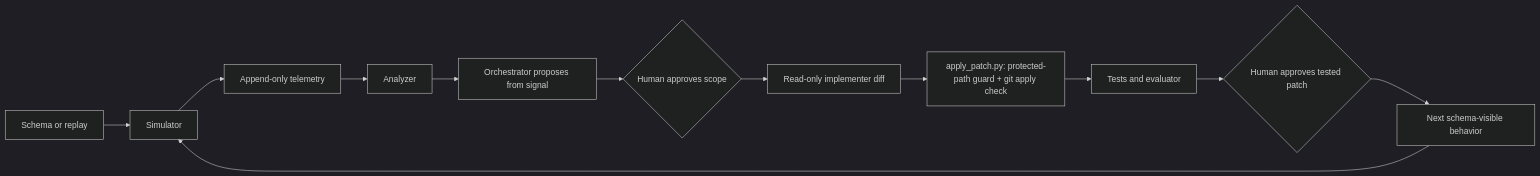
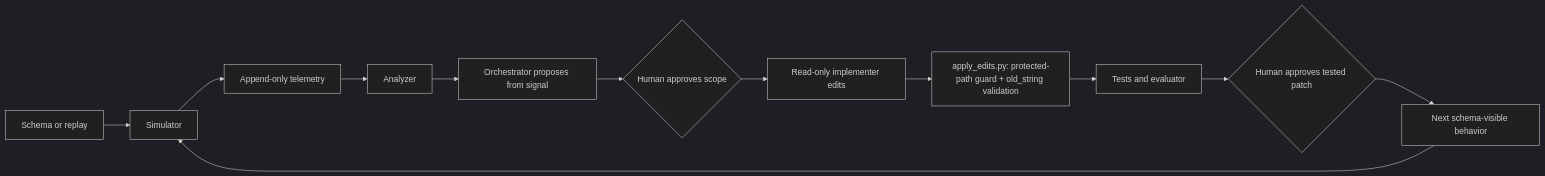
One commit to rsitaniya/dev-flywheel changed the diagram in docs/DELIVERY_SYSTEM.md. Above: the diagram before and after it, drawn with Mermaid (dark theme). The commit also changed other lines of this file and 14 other files, not shown here.

````diff
--- a/docs/DELIVERY_SYSTEM.md
+++ b/docs/DELIVERY_SYSTEM.md
@@ -18,14 +18,14 @@
 ```mermaid
 flowchart LR
     S[Schema or replay] --> T[Simulator]
     T --> L[Append-only telemetry]
     L --> A[Analyzer]
     A --> P[Orchestrator proposes from signal]
     P --> G1{Human approves scope}
-    G1 --> I[Read-only implementer diff]
-    I --> C[apply_patch.py: protected-path guard + git apply check]
+    G1 --> I[Read-only implementer edits]
+    I --> C[apply_edits.py: protected-path guard + old_string validation]
     C --> V[Tests and evaluator]
     V --> G2{Human approves tested patch}
     G2 --> N[Next schema-visible behavior]
     N --> T
 ```
````
